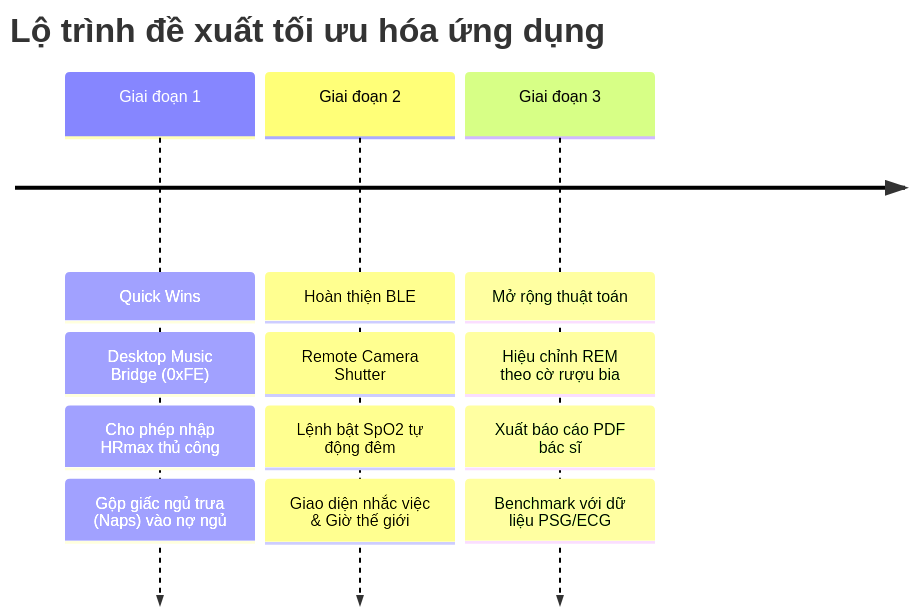
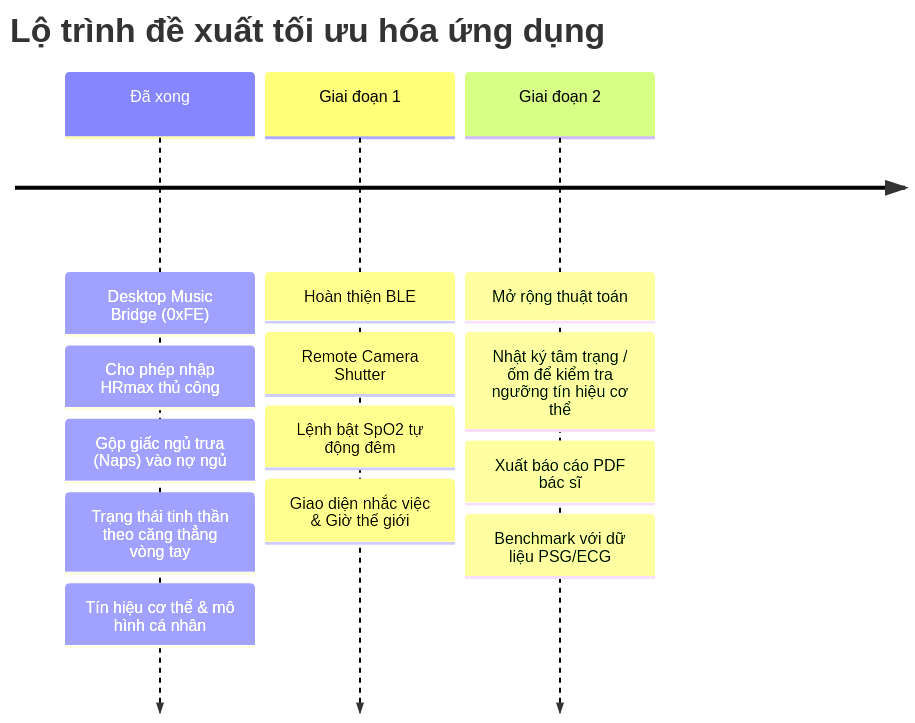
Before and after one commit to nhatanhpico/MiBand6: the fourth of 4 diagrams in DANH_GIA.md, drawn with Mermaid. The commit also changed other lines of this file and 5 other files, not shown here.

````diff
--- a/DANH_GIA.md
+++ b/DANH_GIA.md
@@ -180,7 +234,7 @@
 ```mermaid
 timeline
     title Lộ trình đề xuất tối ưu hóa ứng dụng
-    Giai đoạn 1 : Quick Wins : Desktop Music Bridge (0xFE) : Cho phép nhập HRmax thủ công : Gộp giấc ngủ trưa (Naps) vào nợ ngủ
-    Giai đoạn 2 : Hoàn thiện BLE : Remote Camera Shutter : Lệnh bật SpO2 tự động đêm : Giao diện nhắc việc & Giờ thế giới
-    Giai đoạn 3 : Mở rộng thuật toán : Hiệu chỉnh REM theo cờ rượu bia : Xuất báo cáo PDF bác sĩ : Benchmark với dữ liệu PSG/ECG
+    Đã xong : Desktop Music Bridge (0xFE) : Cho phép nhập HRmax thủ công : Gộp giấc ngủ trưa (Naps) vào nợ ngủ : Trạng thái tinh thần theo căng thẳng vòng tay : Tín hiệu cơ thể & mô hình cá nhân
+    Giai đoạn 1 : Hoàn thiện BLE : Remote Camera Shutter : Lệnh bật SpO2 tự động đêm : Giao diện nhắc việc & Giờ thế giới
+    Giai đoạn 2 : Mở rộng thuật toán : Nhật ký tâm trạng / ốm để kiểm tra ngưỡng tín hiệu cơ thể : Xuất báo cáo PDF bác sĩ : Benchmark với dữ liệu PSG/ECG
 ```
````
